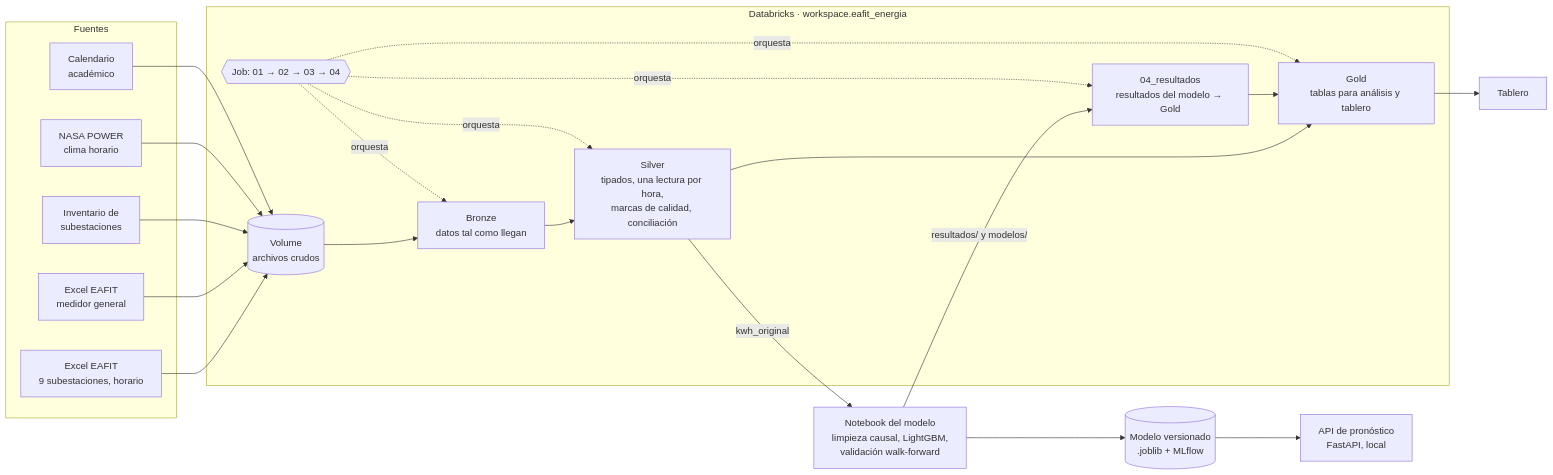
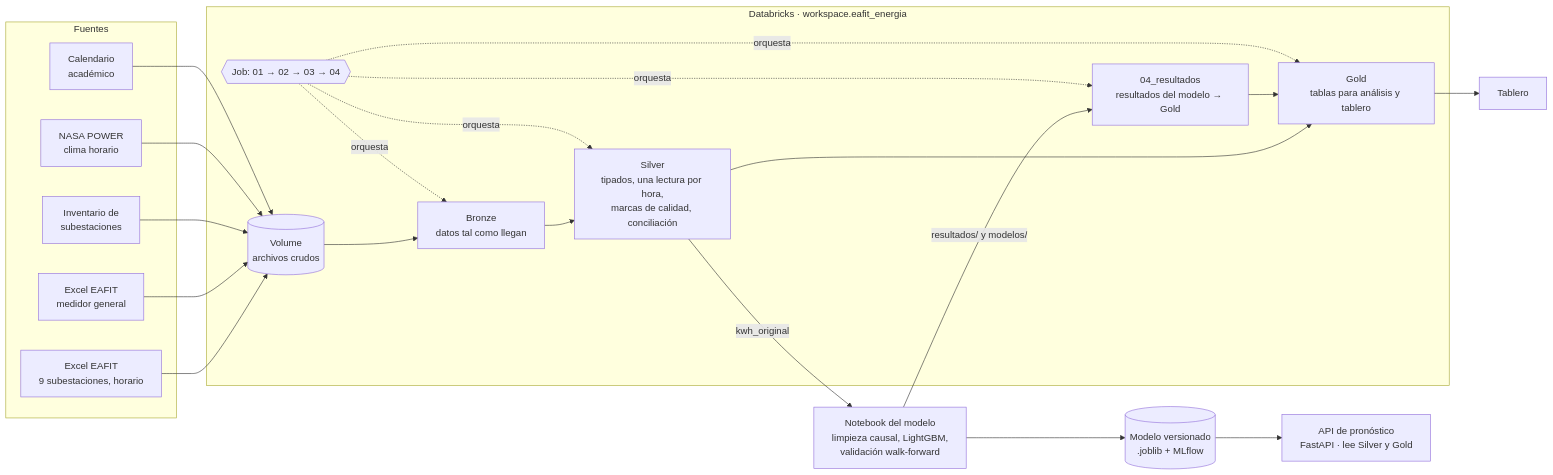
Before and after one commit to jjresher/proyecto-integrador-energia-eafit: the diagram in README.md, drawn with Mermaid. The commit also changed other lines of this file and 8 other files, not shown here.

Commit message:
API unificada: calcula cualquier día desde Silver en Databricks y consulta el pronóstico emitido en Gold

````diff
--- a/README.md
+++ b/README.md
@@ -35,29 +35,29 @@
 ```mermaid
 flowchart LR
     subgraph Fuentes
         A1[Excel EAFIT<br/>9 subestaciones, horario]
         A2[Excel EAFIT<br/>medidor general]
         A3[Inventario de<br/>subestaciones]
         A4[NASA POWER<br/>clima horario]
         A5[Calendario<br/>académico]
     end
     subgraph Databricks["Databricks · workspace.eafit_energia"]
         V[(Volume<br/>archivos crudos)]
         B[Bronze<br/>datos tal como llegan]
         S[Silver<br/>tipados, una lectura por hora,<br/>marcas de calidad, conciliación]
         G[Gold<br/>tablas para análisis y tablero]
         R[04_resultados<br/>resultados del modelo → Gold]
         J{{Job: 01 → 02 → 03 → 04}}
     end
     M[Notebook del modelo<br/>limpieza causal, LightGBM,<br/>validación walk-forward]
     F[(Modelo versionado<br/>.joblib + MLflow)]
-    API[API de pronóstico<br/>FastAPI, local]
+    API[API de pronóstico<br/>FastAPI · lee Silver y Gold]
     T[Tablero]
 
     A1 & A2 & A3 & A4 & A5 --> V --> B --> S --> G
     S -- kwh_original --> M
     M -- resultados/ y modelos/ --> R --> G
     M --> F --> API
     G --> T
     J -.orquesta.-> B & S & G & R
 ```
````
